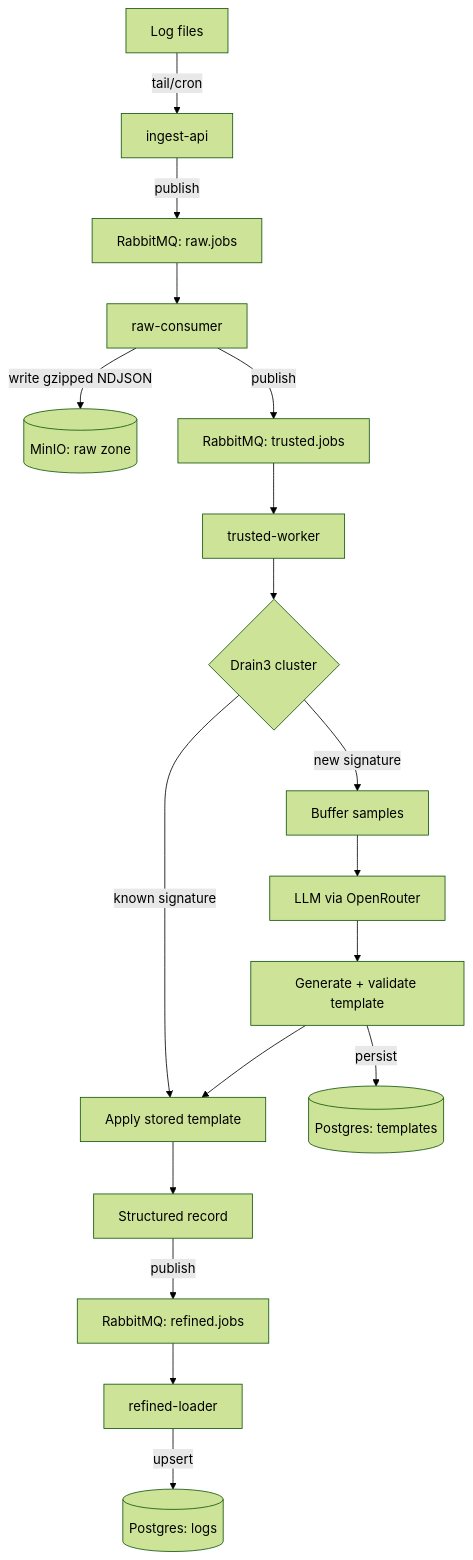
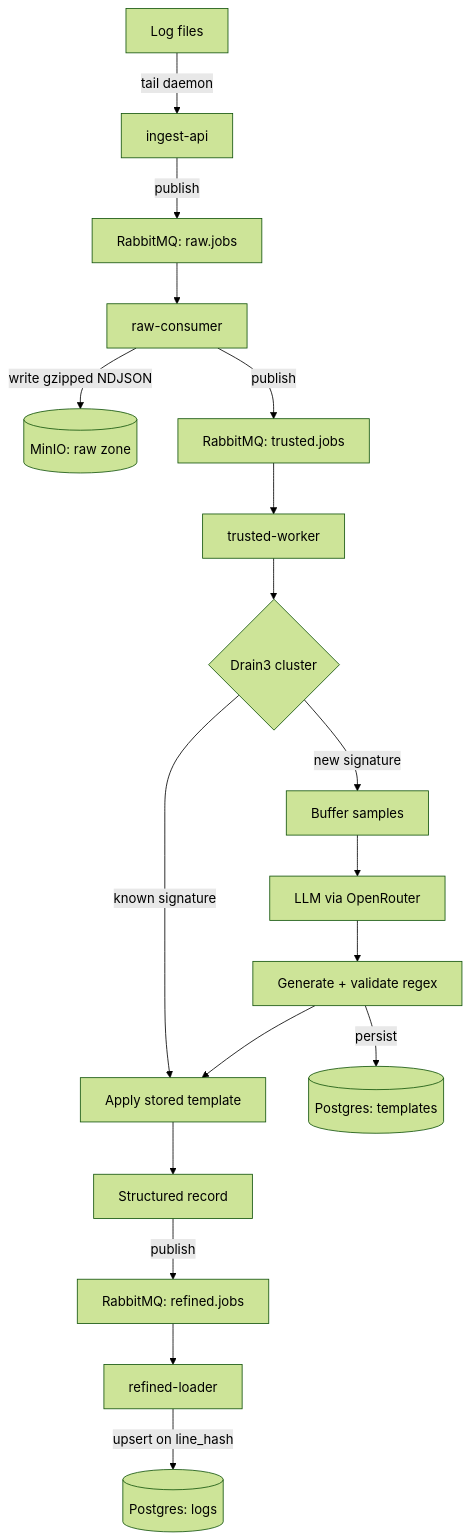
One commit to Arc-001/log_utils changed the first of 2 diagrams in README.md. Above: the diagram before and after it, drawn with Mermaid (forest theme). The commit also changed other lines of this file, not shown here.

````diff
--- a/README.md
+++ b/README.md
@@ -11,20 +58,20 @@
 ```mermaid
 flowchart TD
-    A[Log files] -->|tail/cron| B[ingest-api]
+    A[Log files] -->|tail daemon| B[ingest-api]
     B -->|publish| C1[RabbitMQ: raw.jobs]
     C1 --> D[raw-consumer]
     D -->|write gzipped NDJSON| E[(MinIO: raw zone)]
     D -->|publish| C2[RabbitMQ: trusted.jobs]
     C2 --> F[trusted-worker]
     F --> G{Drain3 cluster}
     G -->|known signature| H[Apply stored template]
     G -->|new signature| I[Buffer samples]
     I --> J[LLM via OpenRouter]
-    J --> K[Generate + validate template]
+    J --> K[Generate + validate regex]
     K -->|persist| L[(Postgres: templates)]
     K --> H
     H --> M[Structured record]
     M -->|publish| C3[RabbitMQ: refined.jobs]
     C3 --> N[refined-loader]
-    N -->|upsert| O[(Postgres: logs)]
+    N -->|upsert on line_hash| O[(Postgres: logs)]
 ```
````
